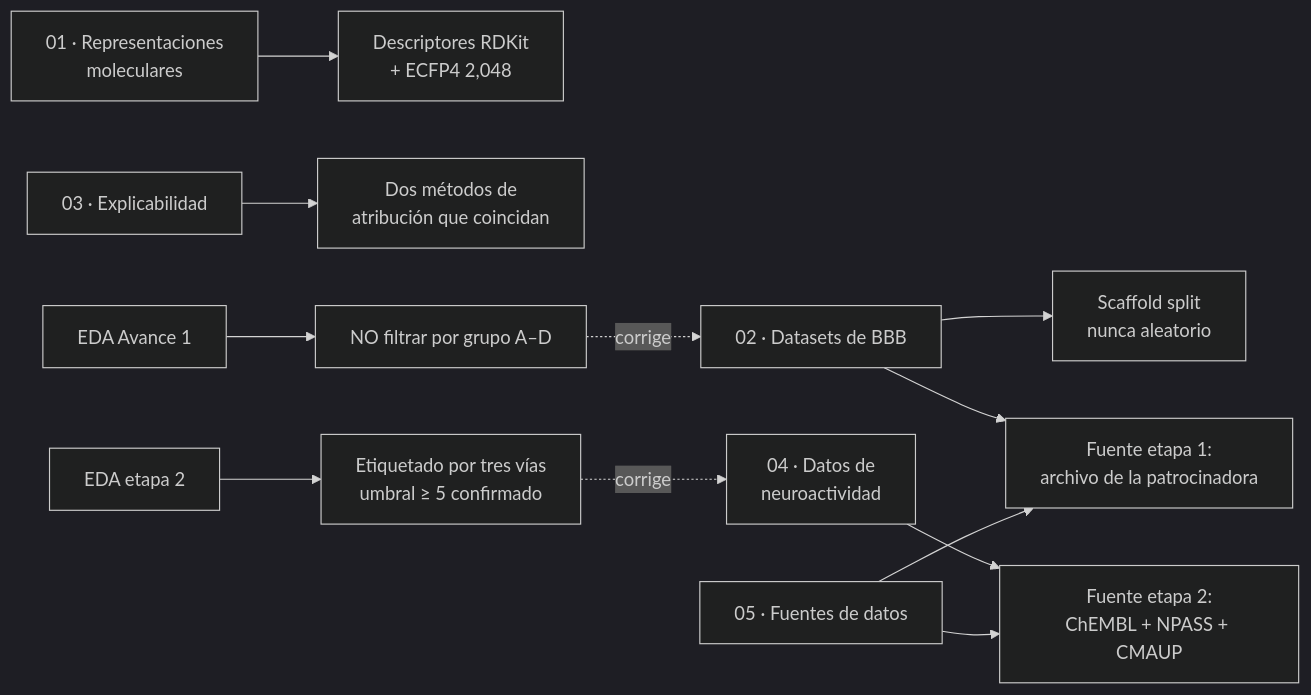
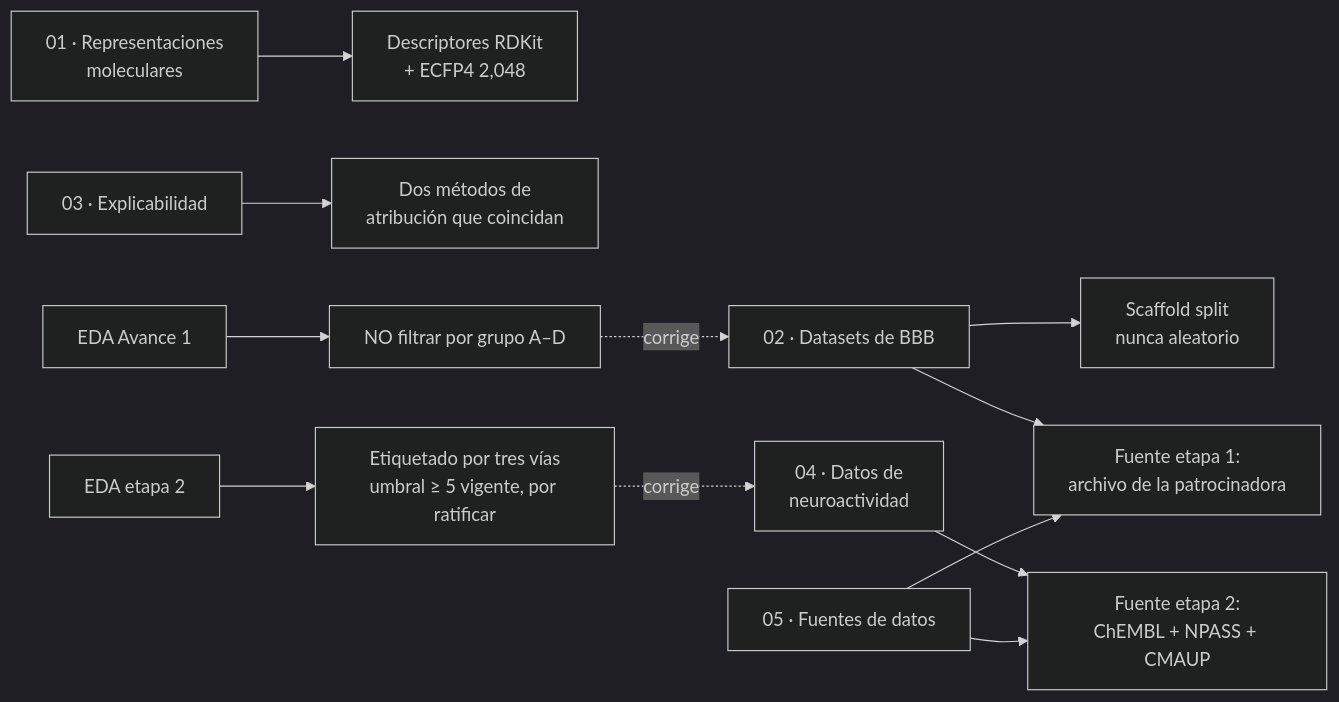
One commit to AntonioVazquezMartinez/Bioactive-AI changed the second of 2 diagrams in docs/linaje-datos.md. Above: the diagram before and after it, drawn with Mermaid (dark theme). The commit also changed other lines of this file and 3 other files, not shown here.

````diff
--- a/docs/linaje-datos.md
+++ b/docs/linaje-datos.md
@@ -44,32 +44,32 @@
 ```{mermaid}
 flowchart LR
     R1["01 · Representaciones<br/>moleculares"]
     R2["02 · Datasets de BBB"]
     R3["03 · Explicabilidad"]
     R4["04 · Datos de<br/>neuroactividad"]
     R5["05 · Fuentes de datos"]
 
     A1["EDA Avance 1"]
     A2["EDA etapa 2"]
 
     D1["Descriptores RDKit<br/>+ ECFP4 2,048"]
     D2["Scaffold split<br/>nunca aleatorio"]
     D3["Dos métodos de<br/>atribución que coincidan"]
     D4["Fuente etapa 2:<br/>ChEMBL + NPASS + CMAUP"]
     D5["Fuente etapa 1:<br/>archivo de la patrocinadora"]
     D6["NO filtrar por grupo A–D"]
-    D7["Etiquetado por tres vías<br/>umbral ≥ 5 confirmado"]
+    D7["Etiquetado por tres vías<br/>umbral ≥ 5 vigente, por ratificar"]
 
     R1 --> D1
     R2 --> D2
     R2 --> D5
     R3 --> D3
     R4 --> D4
     R5 --> D4
     R5 --> D5
     A1 --> D6
     A2 --> D7
 
     D6 -.->|"corrige"| R2
     D7 -.->|"corrige"| R4
 ```
````
